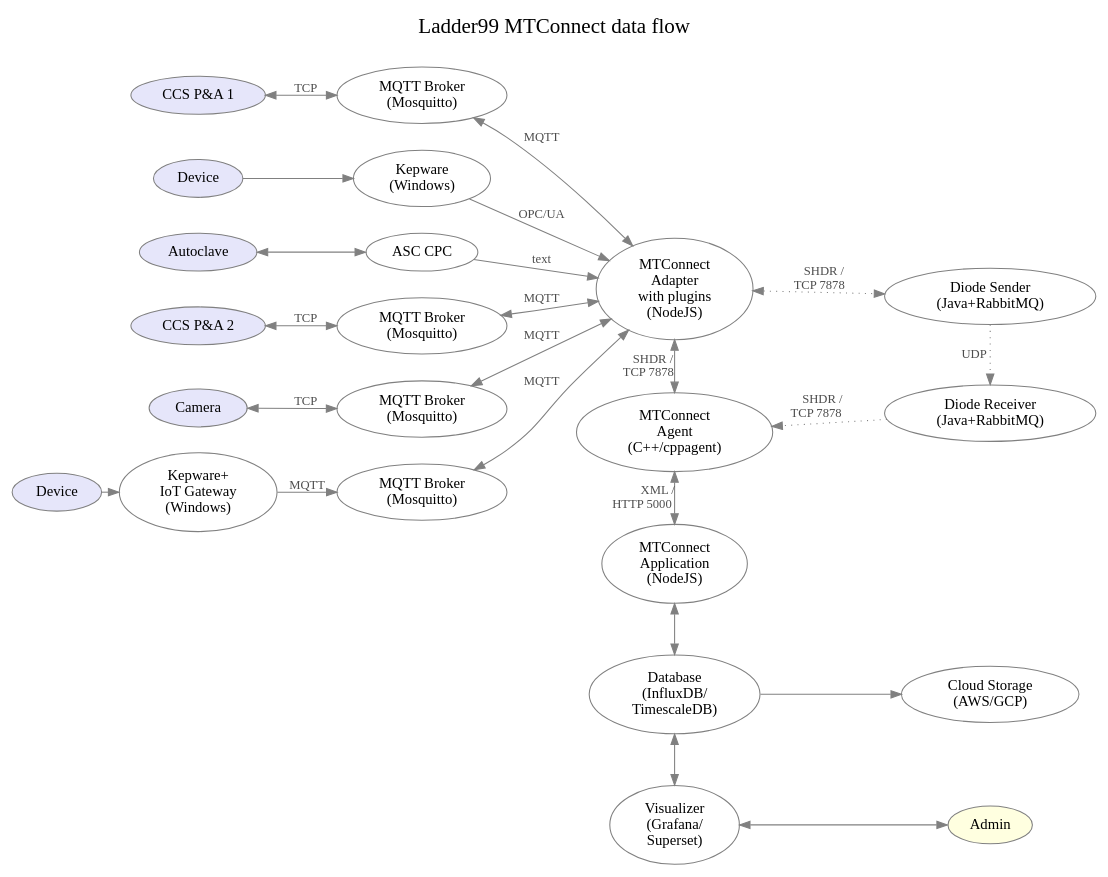
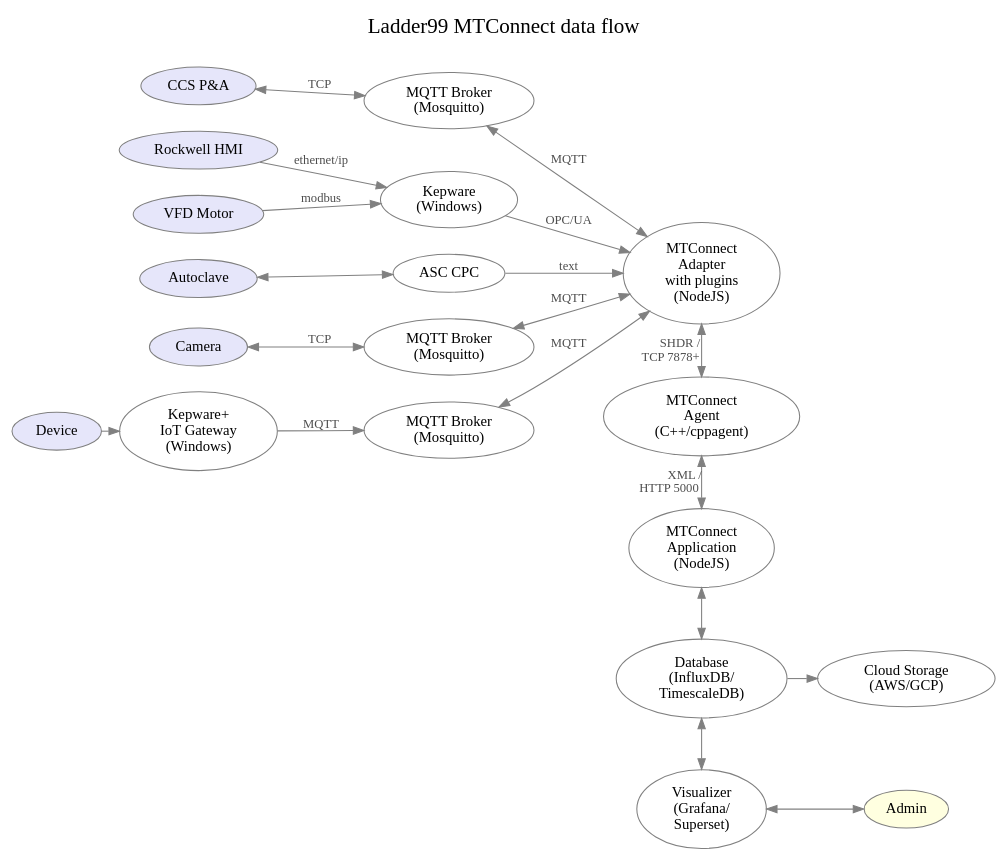
One commit to Ladder99/ladder99 changed the diagram in design/architecture.dot. Above: the diagram before and after it, drawn with Graphviz. The commit also changed 1 other file, not shown here.

```diff
--- a/design/architecture.dot
+++ b/design/architecture.dot
@@ -1,80 +1,79 @@
 digraph "ladder99-adapter" {
 
   // styles
   graph [ label="Ladder99 MTConnect data flow\n "; color=lightgray; ];
   graph [ fontsize=20 ];
   graph [ labelloc=t ];
   graph [ ranksep=0.2 ];
   graph [ nodesep=0.35 ];
   graph [ rankdir=LR; ] // left-to-right
   node [ color=gray; fillcolor=white; style=filled ];
   edge [ color=gray ];
   edge [ fontsize=12; fontcolor=gray30; ];
 
   // nodes
-  PA1 [ fillcolor=lavender; label="CCS P&A 1" ];
-  PA2 [ fillcolor=lavender; label="CCS P&A 2" ];
-  OldMachine2 [ fillcolor=lavender; label="Device" ];
+  PA [ fillcolor=lavender; label="CCS P&A" ];
+  HMI [ fillcolor=lavender; label="Rockwell HMI" ];
+  Motor [ fillcolor=lavender; label="VFD Motor" ];
   OldMachine3 [ fillcolor=lavender; label="Device" ];
   Camera [ fillcolor=lavender; label="Camera" ];
   Kepware1 [ label="Kepware\n(Windows)"];
   Kepware2 [ label="Kepware+\nIoT Gateway\n(Windows)"];
   Autoclave [ label="Autoclave", fillcolor=lavender ];
   CPC [ label="ASC CPC" ];
   Broker1 [ label="MQTT Broker\n(Mosquitto)" ];
-  Broker2 [ label="MQTT Broker\n(Mosquitto)" ];
   Broker3 [ label="MQTT Broker\n(Mosquitto)" ];
   Broker4 [ label="MQTT Broker\n(Mosquitto)" ];
   // OldMachine1 [ fillcolor=lavender; label="Old Machine 1" ];
   // PLC4X [ label="PLC4X\n(Java)" ];
 
   Adapter [ label="MTConnect\nAdapter\nwith plugins\n(NodeJS)" ];
-  DiodeSender [ label="Diode Sender\n(Java+RabbitMQ)" ];
-  DiodeReceiver [ label="Diode Receiver\n(Java+RabbitMQ)" ];
+  // DiodeSender [ label="Diode Sender\n(Java+RabbitMQ)" ];
+  // DiodeReceiver [ label="Diode Receiver\n(Java+RabbitMQ)" ];
 
   Agent [ label="MTConnect\nAgent\n(C++/cppagent)" ];
   Application [ label="MTConnect\nApplication\n(NodeJS)" ];
   Database [ label="Database\n(InfluxDB/\nTimescaleDB)" ];
   Visualizer [ label="Visualizer\n(Grafana/\nSuperset)" ];
   Cloud [ label="Cloud Storage\n(AWS/GCP)" ];
   Admin [ fillcolor=lightyellow ];
   // LOI [ label="LOI\n(SvelteJS)" ];
   // Operator [ fillcolor=lightyellow ];
 
   // edges
-  PA1 -> Broker1 [ label="  TCP  ", dir=both ];
-  PA2 -> Broker2 [ label="  TCP  ", dir=both ];
+  PA -> Broker1 [ label="  TCP  ", dir=both ];
   Camera -> Broker3 [ label="  TCP  ", dir=both ];
   Autoclave -> CPC [ dir=both ];
   Broker1 -> Adapter [ label="MQTT", dir=both ];
-  Broker2 -> Adapter [ label="MQTT", dir=both ];
   Broker3 -> Adapter [ label="MQTT", dir=both ];
   Broker4 -> Adapter [ label="MQTT", dir=both ];
   // OldMachine1 -> PLC4X; // [ label="proprietary\nprotocol" ];
   // PLC4X -> Broker3 [ label="" ];
-  OldMachine2 -> Kepware1;
+  HMI -> Kepware1 [ label="ethernet/ip" ];
+  Motor -> Kepware1 [ label="modbus" ];
   Kepware1 -> Adapter [ label="OPC/UA" ];
   // Kepware2 -> Gateway;
   CPC -> Adapter [ label="text" ];
   // Gateway -> Broker4 [ label="MQTT" ];
   OldMachine3 -> Kepware2;
   Kepware2 -> Broker4 [ label="MQTT" ];
   
-  Adapter -> Agent [ label="SHDR /   \nTCP 7878      ", dir=both ];
+  Adapter -> Agent [ label="SHDR /   \nTCP 7878+         ", dir=both ];
 
-  Adapter -> DiodeSender [ label="SHDR /   \nTCP 7878      ", dir=both, style=dotted ];
-  DiodeSender -> DiodeReceiver [ label="UDP    ", style=dotted ];
-  DiodeReceiver -> Agent [ label="SHDR /    \nTCP 7878        ", style=dotted ];
+  // Adapter -> DiodeSender [ label="SHDR /   \nTCP 7878      ", dir=both, style=dotted ];
+  // DiodeSender -> DiodeReceiver [ label="UDP    ", style=dotted ];
+  // DiodeReceiver -> Agent [ label="SHDR /    \nTCP 7878        ", style=dotted ];
   
   Agent -> Application [ dir=both; label="XML / \nHTTP 5000          " ];
   Application -> Database [ dir=both ];
   Database -> Visualizer [ dir=both ];
   Database -> Cloud;
   Visualizer -> Admin [ dir=both ];
   // Application -> LOI;
   // LOI -> Operator;
 
   // rank
   { rank=same; Adapter Agent Application Database Visualizer };
-  { rank=same; DiodeSender DiodeReceiver Cloud Admin };
+  // { rank=same; DiodeSender DiodeReceiver Cloud Admin };
+  { rank=same; Cloud Admin };
 }
```
